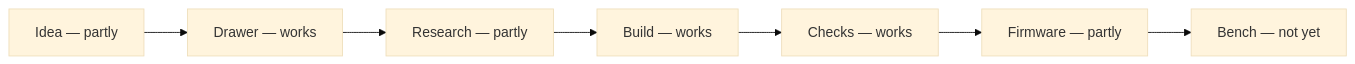
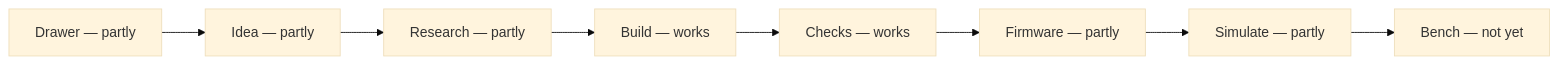
The diagram in README.md (xmejkal/spark), drawn with Mermaid (base theme) before and after one commit. The commit also changed other lines of this file and 15 other files, not shown here.

````diff
--- a/README.md
+++ b/README.md
@@ -13,6 +26,6 @@
 ```mermaid
 flowchart LR
-    idea["Idea — partly"] --> drawer["Drawer — works"] --> research["Research — partly"]
+    drawer["Drawer — partly"] --> idea["Idea — partly"] --> research["Research — partly"]
     research --> build["Build — works"] --> checks["Checks — works"] --> firmware["Firmware — partly"]
-    firmware --> bench["Bench — not yet"]
+    firmware --> simulate["Simulate — partly"] --> bench["Bench — not yet"]
 ```
````
